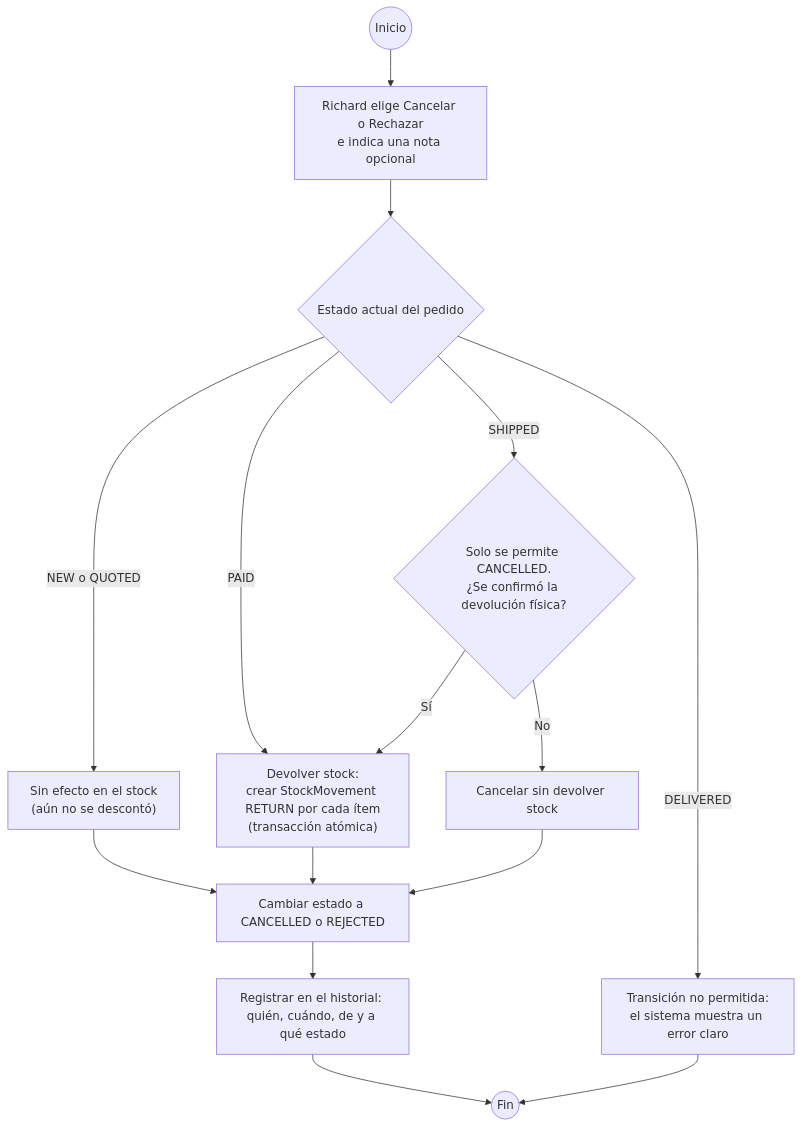
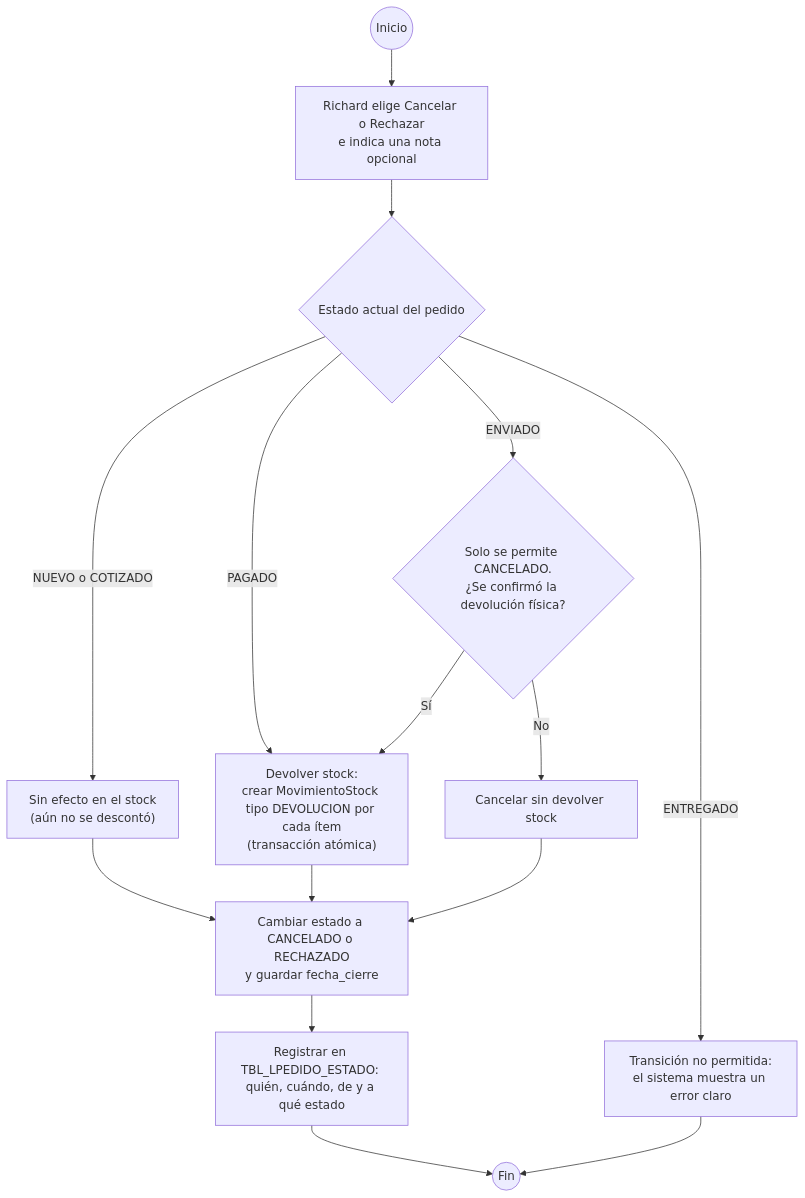
The diagram in 01-Relevamiento/diagramas/05-actividad-cancelar-rechazar.md (jcoldsolutionsj-lab/Proyect_03EcomerceEmunaSport), drawn with Mermaid before and after one commit. The commit also changed other lines of this file and 43 other files, not shown here.

````diff
--- a/01-Relevamiento/diagramas/05-actividad-cancelar-rechazar.md
+++ b/01-Relevamiento/diagramas/05-actividad-cancelar-rechazar.md
@@ -5,20 +5,20 @@
 ```mermaid
 flowchart TD
   INI(("Inicio")) --> e1["Richard elige Cancelar o Rechazar<br/>e indica una nota opcional"]
   e1 --> e2{"Estado actual del pedido"}
 
-  e2 -- "NEW o QUOTED" --> e3["Sin efecto en el stock<br/>(aún no se descontó)"]
-  e2 -- "PAID" --> e4["Devolver stock:<br/>crear StockMovement RETURN por cada ítem<br/>(transacción atómica)"]
-  e2 -- "SHIPPED" --> e5{"Solo se permite CANCELLED.<br/>¿Se confirmó la devolución física?"}
-  e2 -- "DELIVERED" --> e8["Transición no permitida:<br/>el sistema muestra un error claro"]
+  e2 -- "NUEVO o COTIZADO" --> e3["Sin efecto en el stock<br/>(aún no se descontó)"]
+  e2 -- "PAGADO" --> e4["Devolver stock:<br/>crear MovimientoStock tipo DEVOLUCION por cada ítem<br/>(transacción atómica)"]
+  e2 -- "ENVIADO" --> e5{"Solo se permite CANCELADO.<br/>¿Se confirmó la devolución física?"}
+  e2 -- "ENTREGADO" --> e8["Transición no permitida:<br/>el sistema muestra un error claro"]
 
   e5 -- "Sí" --> e4
   e5 -- "No" --> e6["Cancelar sin devolver stock"]
 
-  e3 --> e7["Cambiar estado a CANCELLED o REJECTED"]
+  e3 --> e7["Cambiar estado a CANCELADO o RECHAZADO<br/>y guardar fecha_cierre"]
   e4 --> e7
   e6 --> e7
-  e7 --> e9["Registrar en el historial: quién, cuándo, de y a qué estado"]
+  e7 --> e9["Registrar en TBL_LPEDIDO_ESTADO: quién, cuándo, de y a qué estado"]
   e9 --> FIN(("Fin"))
   e8 --> FIN
 ```
````
